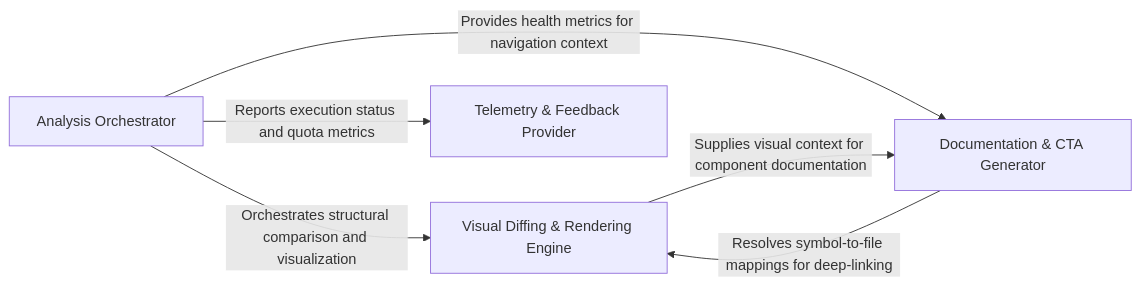
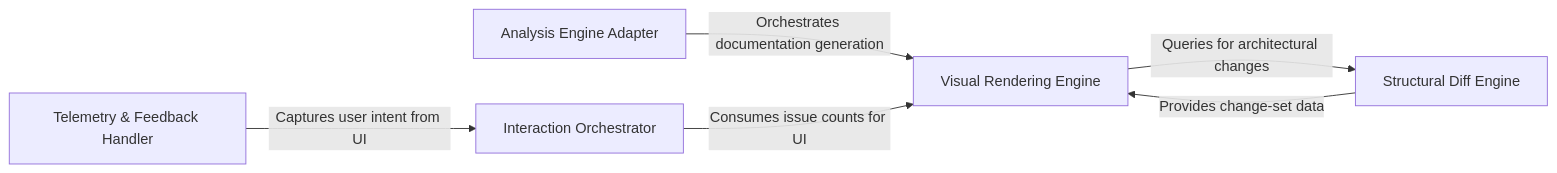
Before and after one commit to CodeBoarding/CodeBoarding-action: the diagram in .codeboarding/overview.md, drawn with Mermaid. The commit also changed other lines of this file and 10 other files, not shown here.

Commit message:
chore(codeboarding): sync architecture baseline

````diff
--- a/.codeboarding/overview.md
+++ b/.codeboarding/overview.md
@@ -1,16 +1,13 @@
 ```mermaid
 graph LR
-    Analysis_Orchestrator["Analysis Orchestrator"]
-    Visual_Diffing_Rendering_Engine["Visual Diffing & Rendering Engine"]
-    Documentation_CTA_Generator["Documentation & CTA Generator"]
-    Telemetry_Feedback_Provider["Telemetry & Feedback Provider"]
-    Analysis_Orchestrator -- "Orchestrates structural comparison and visualization" --> Visual_Diffing_Rendering_Engine
-    Analysis_Orchestrator -- "Provides health metrics for navigation context" --> Documentation_CTA_Generator
-    Analysis_Orchestrator -- "Reports execution status and quota metrics" --> Telemetry_Feedback_Provider
-    Visual_Diffing_Rendering_Engine -- "Supplies visual context for component documentation" --> Documentation_CTA_Generator
-    Documentation_CTA_Generator -- "Resolves symbol-to-file mappings for deep-linking" --> Visual_Diffing_Rendering_Engine
-    click Analysis_Orchestrator href "https://github.com/CodeBoarding/CodeBoarding-action/blob/main/.codeboarding/Analysis_Orchestrator.md" "Details"
-    click Visual_Diffing_Rendering_Engine href "https://github.com/CodeBoarding/CodeBoarding-action/blob/main/.codeboarding/Visual_Diffing_Rendering_Engine.md" "Details"
-    click Documentation_CTA_Generator href "https://github.com/CodeBoarding/CodeBoarding-action/blob/main/.codeboarding/Documentation_CTA_Generator.md" "Details"
-    click Telemetry_Feedback_Provider href "https://github.com/CodeBoarding/CodeBoarding-action/blob/main/.codeboarding/Telemetry_Feedback_Provider.md" "Details"
+    Analysis_Engine_Adapter["Analysis Engine Adapter"]
+    Visual_Rendering_Engine["Visual Rendering Engine"]
+    Structural_Diff_Engine["Structural Diff Engine"]
+    Telemetry_Feedback_Handler["Telemetry & Feedback Handler"]
+    Interaction_Orchestrator["Interaction Orchestrator"]
+    Analysis_Engine_Adapter -- "Orchestrates documentation generation" --> Visual_Rendering_Engine
+    Visual_Rendering_Engine -- "Queries for architectural changes" --> Structural_Diff_Engine
+    Structural_Diff_Engine -- "Provides change-set data" --> Visual_Rendering_Engine
+    Telemetry_Feedback_Handler -- "Captures user intent from UI" --> Interaction_Orchestrator
+    Interaction_Orchestrator -- "Consumes issue counts for UI" --> Visual_Rendering_Engine
 ```
````
